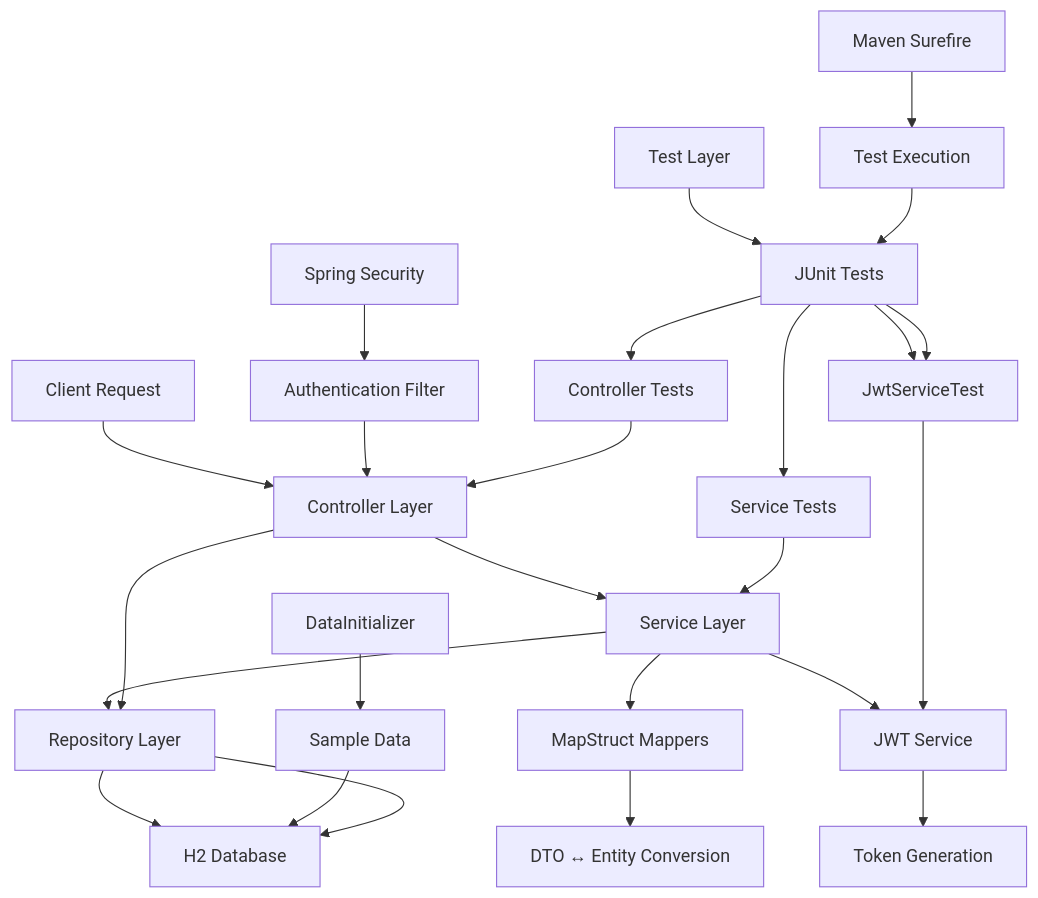
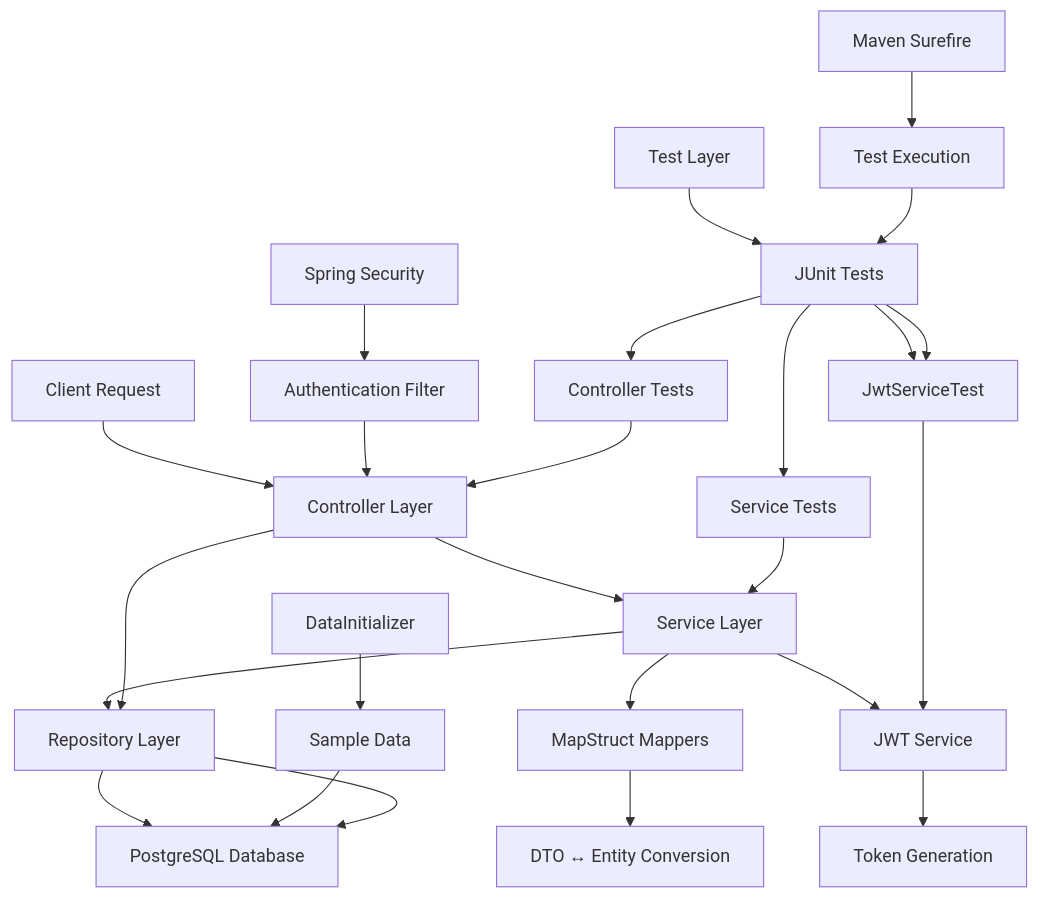
The first of 2 diagrams in README.md (alper-aydogan/e-randevu), drawn with Mermaid before and after one commit. The commit also changed other lines of this file and 12 other files, not shown here.

First line of the commit message:
🚀 Kurumsal PostgreSQL + Redis + Docker Entegrasyonu

````diff
--- a/README.md
+++ b/README.md
@@ -59,34 +61,34 @@
 ```mermaid
 graph TD
     A[Client Request] --> B[Controller Layer]
     B --> C[Service Layer]
     C --> D[Repository Layer]
-    D --> E[H2 Database]
+    D --> E[PostgreSQL Database]
     
     C --> F[JWT Service]
     F --> G[Token Generation]
     
     C --> H[MapStruct Mappers]
     H --> I[DTO ↔ Entity Conversion]
     
     J[Spring Security] --> K[Authentication Filter]
     K --> B
     
     L[DataInitializer] --> M[Sample Data]
     M --> E
     
     N[Test Layer] --> O[JUnit Tests]
     O --> P[JwtServiceTest]
     O --> Q[Service Tests]
     O --> R[Controller Tests]
     
     P --> F
     Q --> C
     R --> B
     B --> D
     D --> E
     
     S[Maven Surefire] --> T[Test Execution]
     T --> O
     O --> P
 ```
````
